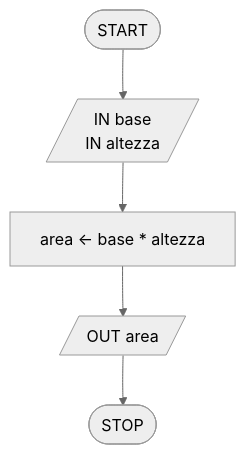
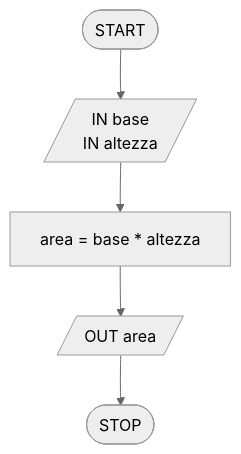
Before and after one commit to pg-laboratorio/flowcharts_laboratorio_esercizi: the first of 28 diagrams in flowcharts_soluzioni.md, drawn with Mermaid (neutral theme). The commit also changed other lines of this file, not shown here.

````diff
--- a/flowcharts_soluzioni.md
+++ b/flowcharts_soluzioni.md
@@ -23,7 +23,7 @@
 ```mermaid
 graph TD
     START([START]) --> INPUT[/"IN base<br>IN altezza"/]
-    INPUT --> PROC["area ← base * altezza"]
+    INPUT --> PROC["area = base * altezza"]
     PROC --> OUTPUT[/"OUT area"/]
     OUTPUT --> STOP([STOP])
 ```
````
